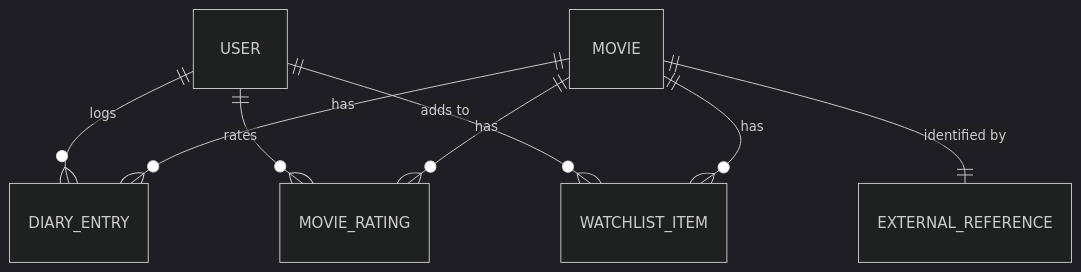
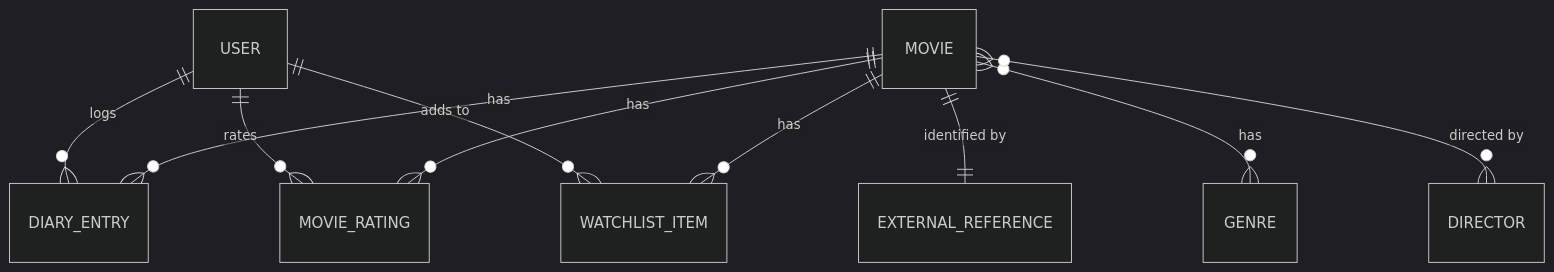
The diagram in docs/database/domain-model.md (jeotma/Frametric), drawn with Mermaid (dark theme) before and after one commit. The commit also changed other lines of this file and 2 other files, not shown here.

First line of the commit message:
docs: integrate TMDB metadata enrichment flow

````diff
--- a/docs/database/domain-model.md
+++ b/docs/database/domain-model.md
@@ -7,12 +7,14 @@
 ```mermaid
 erDiagram
     USER ||--o{ DIARY_ENTRY : "logs"
     USER ||--o{ MOVIE_RATING : "rates"
     USER ||--o{ WATCHLIST_ITEM : "adds to"
     
     MOVIE ||--o{ DIARY_ENTRY : "has"
     MOVIE ||--o{ MOVIE_RATING : "has"
     MOVIE ||--o{ WATCHLIST_ITEM : "has"
     
     MOVIE ||--|| EXTERNAL_REFERENCE : "identified by"
+    MOVIE }o--o{ GENRE : "has"
+    MOVIE }o--o{ DIRECTOR : "directed by"
 ```
````
